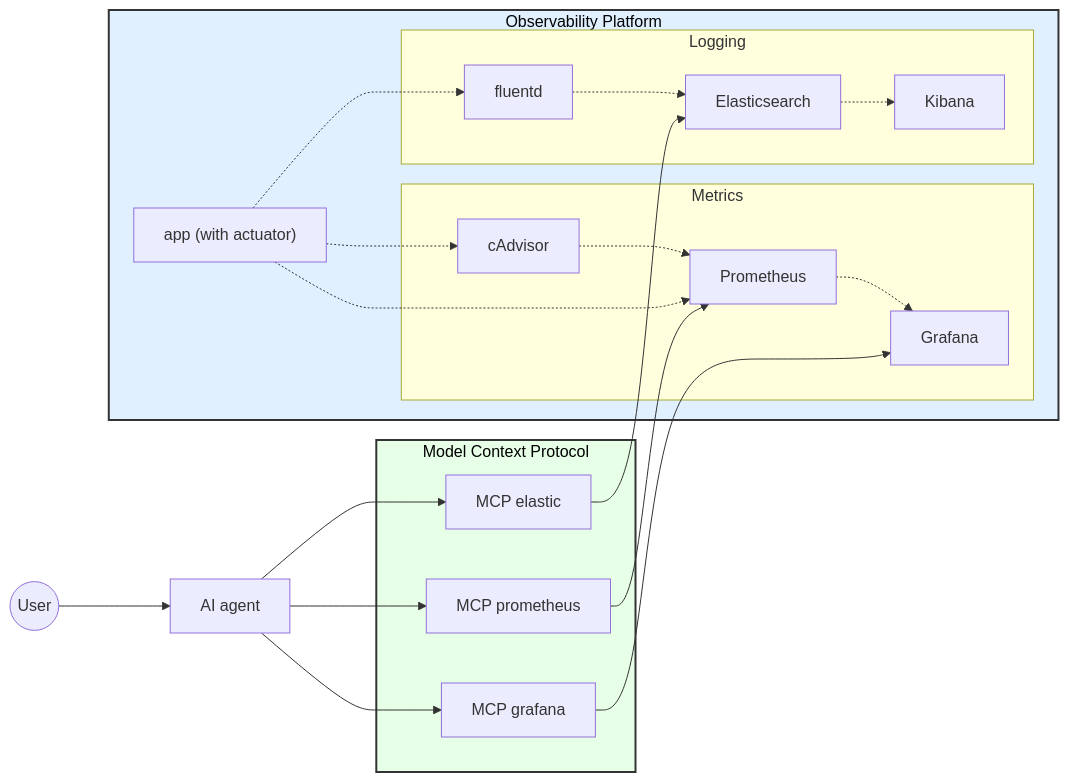
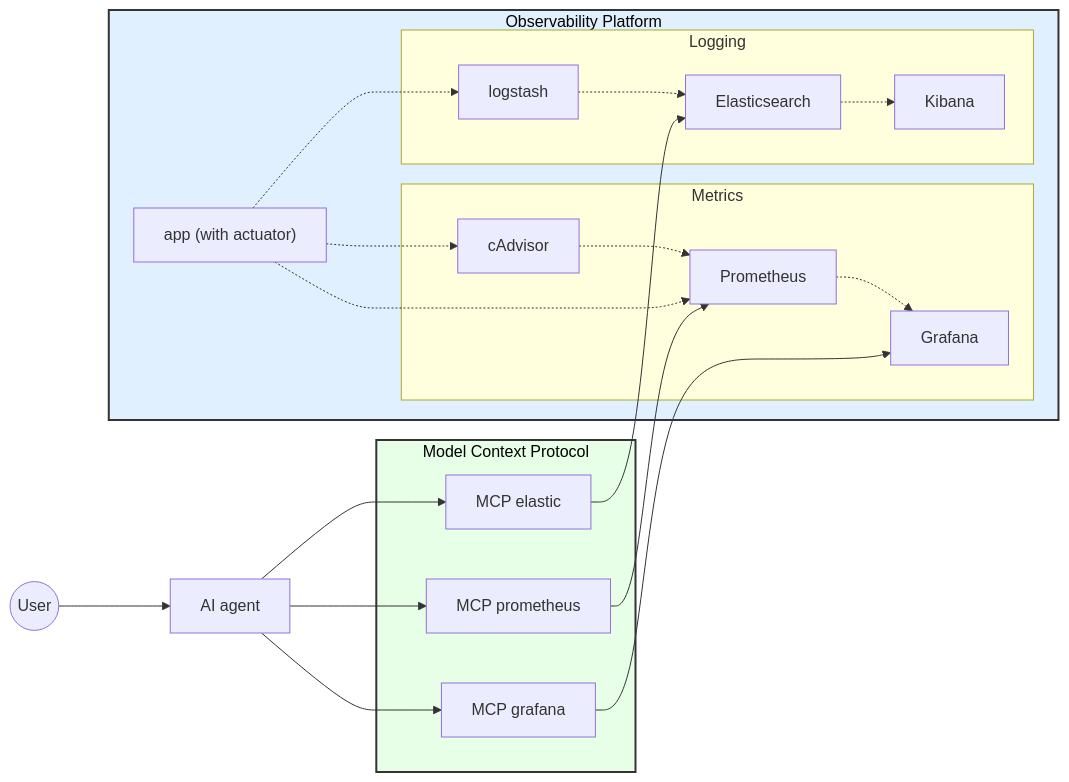
One commit to sheyko94/mcpo changed the diagram in README.md. Above: the diagram before and after it, drawn with Mermaid. The commit also changed other lines of this file and 23 other files, not shown here.

````diff
--- a/README.md
+++ b/README.md
@@ -9,60 +9,60 @@
 ```mermaid
 flowchart LR
   %% Styling
   classDef observability fill:#e0f0ff,stroke:#333,stroke-width:2px,color:#000
   classDef mcp fill:#e6ffe6,stroke:#333,stroke-width:2px,color:#000
 
   %% Left side: Observability Platform
   subgraph Observability[Observability Platform]
     app["app (with actuator)"]
     
     subgraph Metrics
       cadvisor["cAdvisor"]
       prom["Prometheus"]
       graf["Grafana"]
     end
 
     subgraph Logging
-      fluentd["fluentd"]
+      logstash["logstash"]
       es["Elasticsearch"]
       kib["Kibana"]
     end
 
     %% Internal observability connections
-    app -.-> fluentd
+    app -.-> logstash
     app -.-> cadvisor
     cadvisor -.-> prom
     app -.-> prom
-    fluentd -.-> es
+    logstash -.-> es
     prom -.-> graf
     es -.-> kib
   end
 
   %% Middle: MCP Layer
   subgraph MCP[Model Context Protocol]
     mcp_prom["MCP prometheus"]
     mcp_es["MCP elastic"]
     mcp_graf["MCP grafana"]
   end
 
   %% Right side: Standalone elements
   user(("User"))
   agent["AI agent"]
   user --> agent
 
   %% Cross-layer connections
   mcp_es --> es
   mcp_prom --> prom
   mcp_graf --> graf
   
   agent --> mcp_es & mcp_prom & mcp_graf
 
   %% Apply styles
   class Observability observability
   class MCP mcp
 
 
 
 
 
 ```
````
